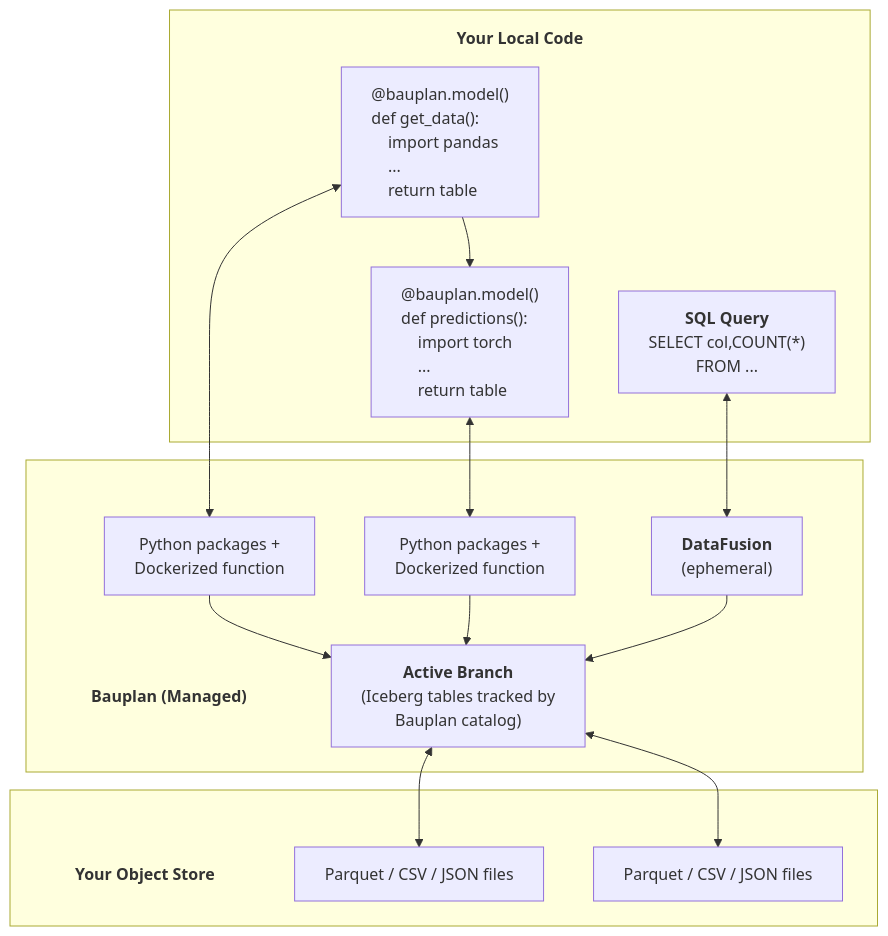
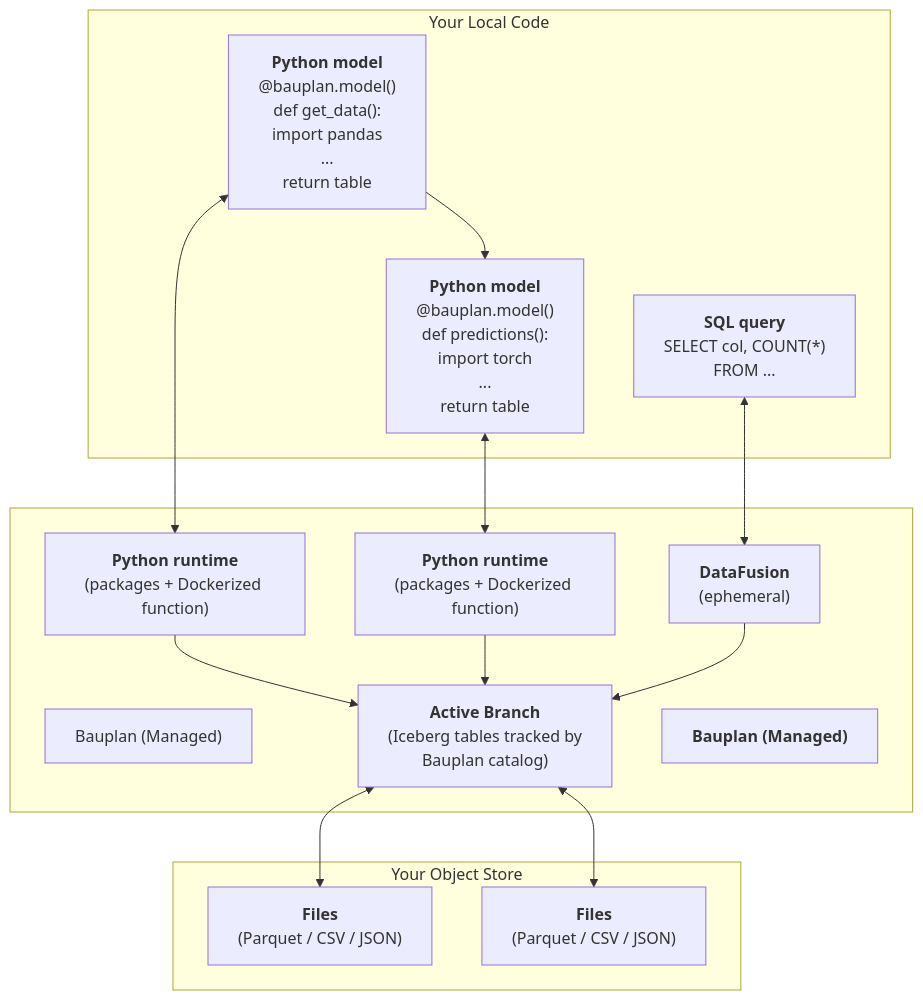
Before and after one commit to BauplanLabs/bauplan: the diagram in docs/pages/overview/execution-model.mdx, drawn with Mermaid. The commit also changed other lines of this file and 12 other files, not shown here.

First line of the commit message:
docs: give Mermaid diagrams one shared style

````diff
--- a/docs/pages/overview/execution-model.mdx
+++ b/docs/pages/overview/execution-model.mdx
@@ -25,39 +23,36 @@
 ```mermaid
-%%{init: {'flowchart': {'subGraphTitleMargin': {'top': 16, 'bottom': 16}}}}%%
-graph TB
-    classDef title fill:none,stroke:none
-    classDef code text-align:left
-
-    subgraph local["<b>Your Local Code</b>"]
-        getData["@bauplan.model()<br/>def get_data():<br/>&nbsp;&nbsp;&nbsp;&nbsp;import pandas<br/>&nbsp;&nbsp;&nbsp;&nbsp;...<br/>&nbsp;&nbsp;&nbsp;&nbsp;return table"]:::code
-        predictions["@bauplan.model()<br/>def predictions():<br/>&nbsp;&nbsp;&nbsp;&nbsp;import torch<br/>&nbsp;&nbsp;&nbsp;&nbsp;...<br/>&nbsp;&nbsp;&nbsp;&nbsp;return table"]:::code
-        sqlQuery["<b>SQL Query</b><br/>SELECT col,COUNT(*)<br/>FROM ..."]
+flowchart TB
+    subgraph local["Your Local Code"]
+        getData["<b>Python model</b><br/>@bauplan.model()<br/>def get_data():<br/>    import pandas<br/>    ...<br/>    return table"]:::code
+        predictions["<b>Python model</b><br/>@bauplan.model()<br/>def predictions():<br/>    import torch<br/>    ...<br/>    return table"]:::code
+        sqlQuery["<b>SQL query</b><br/>SELECT col, COUNT(*)<br/>FROM ..."]:::code
         getData --> predictions
     end
 
-    %% The two lower boxes use a text node as their title, so arrows don't cross it.
+    %% A title node lands bottom-left, clear of the arrows entering from above.
     subgraph bauplan[" "]
-        bauplanTitle["<b>Bauplan (Managed)</b>"]:::title
-        pythonRuntime1["Python packages +<br/>Dockerized function"]
-        pythonRuntime2["Python packages +<br/>Dockerized function"]
-        dataFusion["<b>DataFusion</b><br/>(ephemeral)"]
-        activeBranch["<b>Active Branch</b><br/>(Iceberg tables tracked by<br/>Bauplan catalog)"]
+        bauplanTitle["Bauplan (Managed)"]:::title
+        pythonRuntime1["<b>Python runtime</b><br/>(packages + Dockerized function)"]:::accent
+        pythonRuntime2["<b>Python runtime</b><br/>(packages + Dockerized function)"]:::accent
+        dataFusion["<b>DataFusion</b><br/>(ephemeral)"]:::accent
+        activeBranch["<b>Active Branch</b><br/>(Iceberg tables tracked by<br/>Bauplan catalog)"]:::accent
+        %% Same width as the title, so Active Branch stays centred in the group.
+        bauplanSpacer["<b>Bauplan (Managed)</b>"]:::spacer
     end
 
-    subgraph storage[" "]
-        storageTitle["<b>Your Object Store</b>"]:::title
-        files1["Parquet / CSV / JSON files"]
-        files2["Parquet / CSV / JSON files"]
+    subgraph storage["Your Object Store"]
+        files1["<b>Files</b><br/>(Parquet / CSV / JSON)"]:::external
+        files2["<b>Files</b><br/>(Parquet / CSV / JSON)"]:::external
     end
 
     getData <--> pythonRuntime1
     predictions <--> pythonRuntime2
     sqlQuery <--> dataFusion
 
     pythonRuntime1 --> activeBranch
     pythonRuntime2 --> activeBranch
     dataFusion --> activeBranch
 
     activeBranch <--> files1
     activeBranch <--> files2
 ```
````
